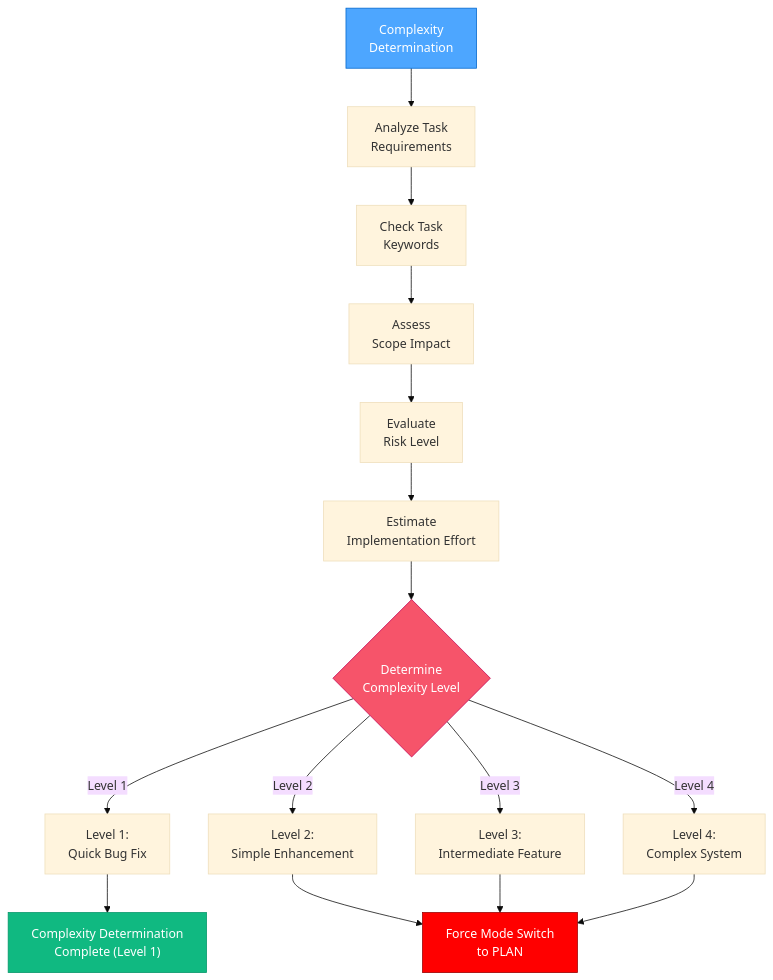
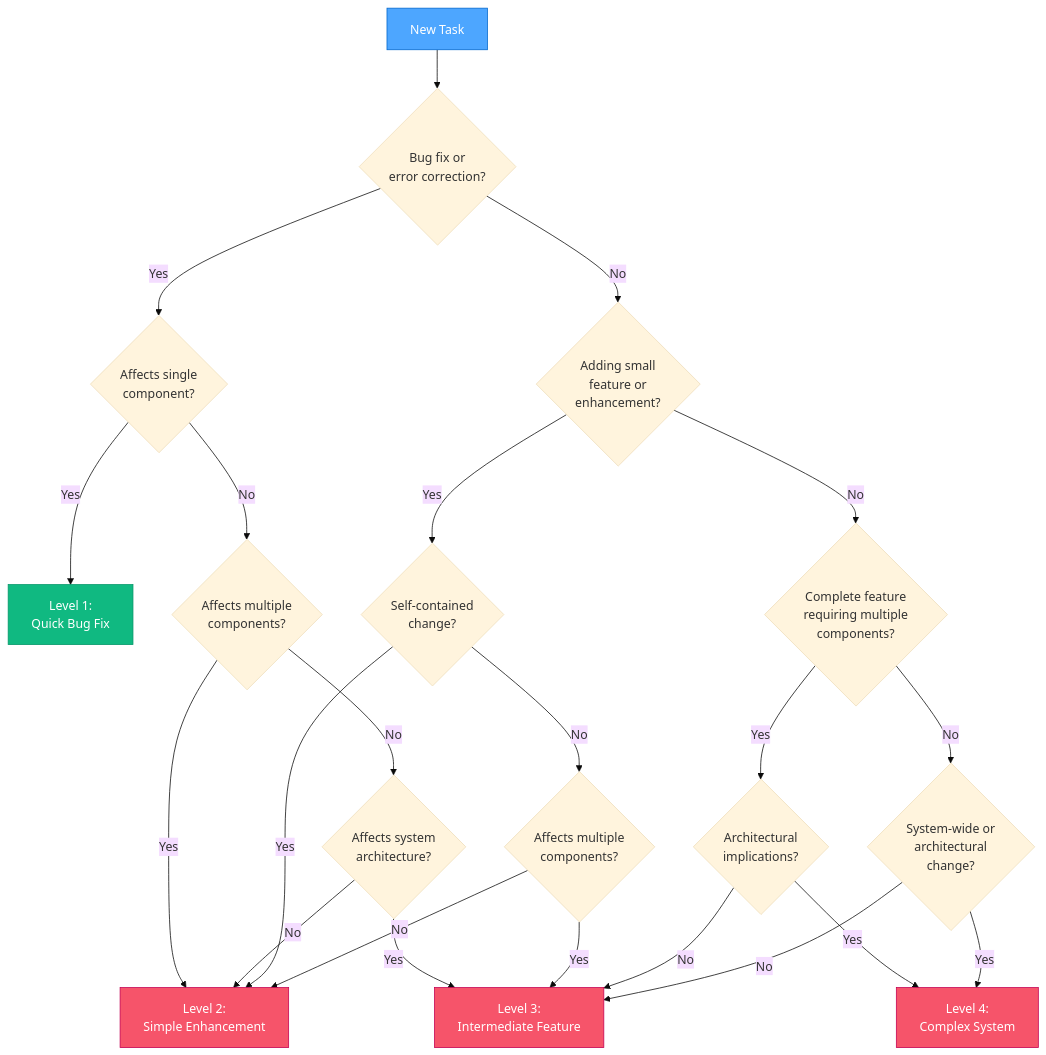
Before and after one commit to tyrchen/rust-lib-template: the first of 2 diagrams in .cursor/rules/isolation_rules/visual-maps/van_mode_split/van-complexity-determination.mdc, drawn with Mermaid (base theme). The commit also changed other lines of this file and 72 other files, not shown here.

````diff
--- a/.cursor/rules/isolation_rules/visual-maps/van_mode_split/van-complexity-determination.mdc
+++ b/.cursor/rules/isolation_rules/visual-maps/van_mode_split/van-complexity-determination.mdc
@@ -12,23 +12,33 @@
 ```mermaid
 graph TD
-    CD["Complexity<br>Determination"] --> AnalyzeTask["Analyze Task<br>Requirements"]
+    Start["New Task"] --> Q1{"Bug fix or<br>error correction?"}
+    Q1 -->|Yes| Q1a{"Affects single<br>component?"}
+    Q1a -->|Yes| L1["Level 1:<br>Quick Bug Fix"]
+    Q1a -->|No| Q1b{"Affects multiple<br>components?"}
+    Q1b -->|Yes| L2["Level 2:<br>Simple Enhancement"]
+    Q1b -->|No| Q1c{"Affects system<br>architecture?"}
+    Q1c -->|Yes| L3["Level 3:<br>Intermediate Feature"]
+    Q1c -->|No| L2
 
-    AnalyzeTask --> CheckKeywords["Check Task<br>Keywords"]
-    CheckKeywords --> ScopeCheck["Assess<br>Scope Impact"]
-    ScopeCheck --> RiskCheck["Evaluate<br>Risk Level"]
-    RiskCheck --> EffortCheck["Estimate<br>Implementation Effort"]
+    Q1 -->|No| Q2{"Adding small<br>feature or<br>enhancement?"}
+    Q2 -->|Yes| Q2a{"Self-contained<br>change?"}
+    Q2a -->|Yes| L2
+    Q2a -->|No| Q2b{"Affects multiple<br>components?"}
+    Q2b -->|Yes| L3
+    Q2b -->|No| L2
 
-    EffortCheck --> DetermineLevel{"Determine<br>Complexity Level"}
-    DetermineLevel -->|"Level 1"| L1["Level 1:<br>Quick Bug Fix"]
-    DetermineLevel -->|"Level 2"| L2["Level 2:<br>Simple Enhancement"]
-    DetermineLevel -->|"Level 3"| L3["Level 3:<br>Intermediate Feature"]
-    DetermineLevel -->|"Level 4"| L4["Level 4:<br>Complex System"]
+    Q2 -->|No| Q3{"Complete feature<br>requiring multiple<br>components?"}
+    Q3 -->|Yes| Q3a{"Architectural<br>implications?"}
+    Q3a -->|Yes| L4["Level 4:<br>Complex System"]
+    Q3a -->|No| L3
 
-    L1 --> CDComplete["Complexity Determination<br>Complete (Level 1)"]
-    L2 & L3 & L4 --> ModeSwitch["Force Mode Switch<br>to PLAN"]
+    Q3 -->|No| Q4{"System-wide or<br>architectural<br>change?"}
+    Q4 -->|Yes| L4
+    Q4 -->|No| L3
 
-    style CD fill:#4da6ff,stroke:#0066cc,color:white
-    style CDComplete fill:#10b981,stroke:#059669,color:white
-    style ModeSwitch fill:#ff0000,stroke:#990000,color:white
-    style DetermineLevel fill:#f6546a,stroke:#c30052,color:white
+    style Start fill:#4da6ff,stroke:#0066cc,color:white
+    style L1 fill:#10b981,stroke:#059669,color:white
+    style L2 fill:#f6546a,stroke:#c30052,color:white
+    style L3 fill:#f6546a,stroke:#c30052,color:white
+    style L4 fill:#f6546a,stroke:#c30052,color:white
 ```
````
